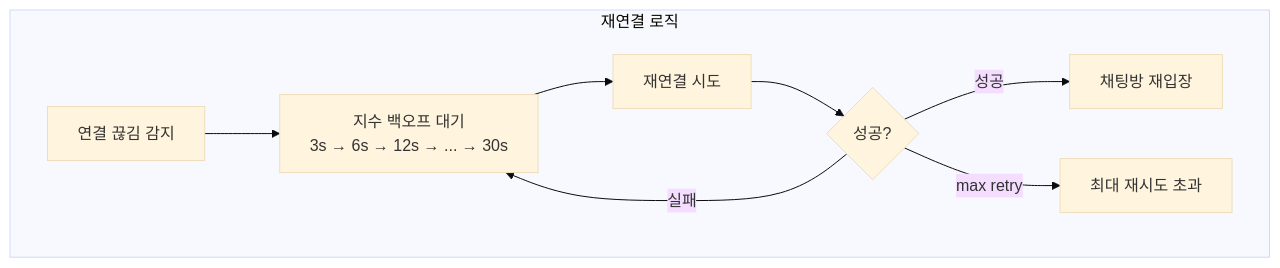
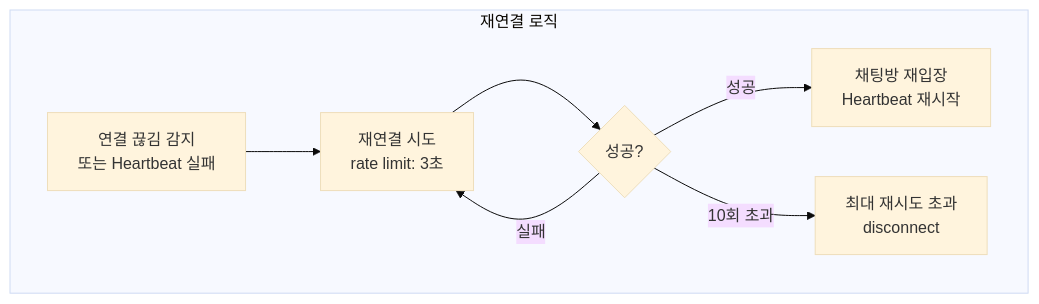
One commit to uniyous/parkgolf-platform changed diagram 25 of 28 in docs/CHAT_WORKFLOW.md. Above: the diagram before and after it, drawn with Mermaid (base theme). The commit also changed other lines of this file, not shown here.

````diff
--- a/docs/CHAT_WORKFLOW.md
+++ b/docs/CHAT_WORKFLOW.md
@@ -755,16 +908,15 @@
 ```mermaid
 flowchart TB
     subgraph Reconnect["재연결 로직"]
-        R1[연결 끊김 감지]
-        R2[지수 백오프 대기<br/>3s → 6s → 12s → ... → 30s]
-        R3[재연결 시도]
-        R4{성공?}
-        R5[채팅방 재입장]
-        R6[최대 재시도 초과]
+        R1[연결 끊김 감지<br/>또는 Heartbeat 실패]
+        R2[재연결 시도<br/>rate limit: 3초]
+        R3{성공?}
+        R4[채팅방 재입장<br/>Heartbeat 재시작]
+        R5[최대 재시도 초과<br/>disconnect]
     end
 
-    R1 --> R2 --> R3 --> R4
-    R4 -->|성공| R5
-    R4 -->|실패| R2
-    R4 -->|max retry| R6
+    R1 --> R2 --> R3
+    R3 -->|성공| R4
+    R3 -->|실패| R2
+    R3 -->|10회 초과| R5
 ```
````
